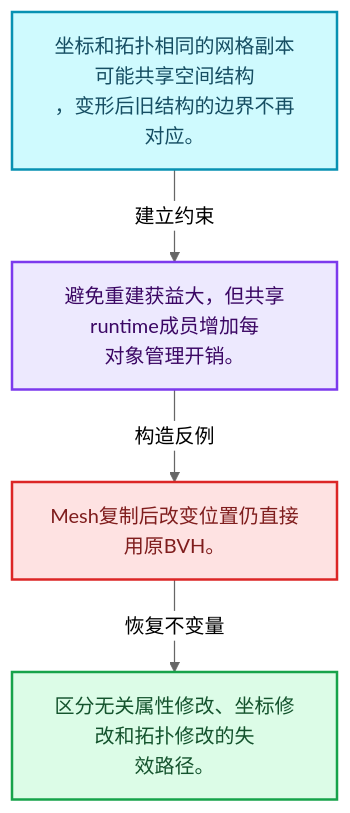
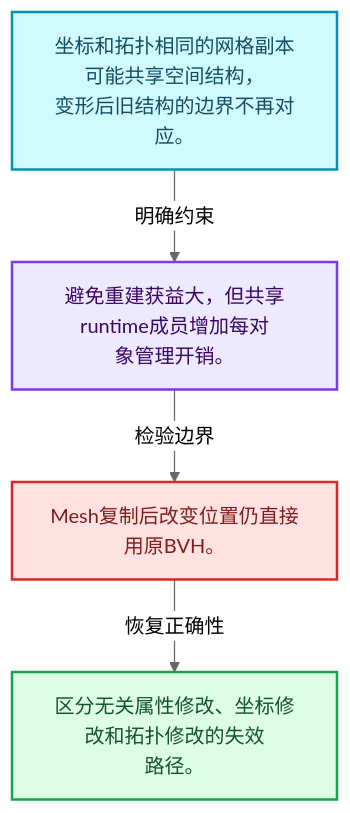
The first of 4 diagrams in 杂/markdown/全面学习-codex/06-隐式共享与缓存系统/09-BVH共享与运行时数据.md (yunkezengren/blender-.vscode), drawn with Mermaid (neutral theme) before and after one commit. The commit also changed other lines of this file and 1930 other files, not shown here.

````diff
--- a/杂/markdown/全面学习-codex/06-隐式共享与缓存系统/09-BVH共享与运行时数据.md
+++ b/杂/markdown/全面学习-codex/06-隐式共享与缓存系统/09-BVH共享与运行时数据.md
@@ -29,16 +29,16 @@
 ```mermaid
 flowchart TB
-  M["坐标和拓扑相同的网格副本可能共享空间结构<br/>，变形后旧结构的边界不再对应。"]:::data
-  T["避免重建获益大，但共享runtime成员增加每<br/>对象管理开销。"]:::abstraction
-  X["Mesh复制后改变位置仍直接用原BVH。"]:::error
-  A["区分无关属性修改、坐标修改和拓扑修改的失<br/>效路径。"]:::result
-  M -->|"建立约束"| T
-  T -->|"构造反例"| X
-  X -->|"恢复不变量"| A
+  M["坐标和拓扑相同的网格副本可能共享空间结构，<br/>变形后旧结构的边界不再对应。"]:::data
+  C["避免重建获益大，但共享runtime成员增加每对<br/>象管理开销。"]:::abstraction
+  B["Mesh复制后改变位置仍直接用原BVH。"]:::error
+  R["区分无关属性修改、坐标修改和拓扑修改的失效<br/>路径。"]:::result
+  M -->|"明确约束"| C
+  C -->|"检验边界"| B
+  B -->|"恢复正确性"| R
   classDef input fill:#DBEAFE,stroke:#2563EB,color:#172554,stroke-width:2px;
   classDef data fill:#CFFAFE,stroke:#0891B2,color:#164E63,stroke-width:2px;
   classDef abstraction fill:#EDE9FE,stroke:#7C3AED,color:#3B0764,stroke-width:2px;
   classDef compute fill:#FEF3C7,stroke:#D97706,color:#78350F,stroke-width:2px;
   classDef result fill:#DCFCE7,stroke:#16A34A,color:#14532D,stroke-width:2px;
   classDef error fill:#FEE2E2,stroke:#DC2626,color:#7F1D1D,stroke-width:2px;
 ```
````
